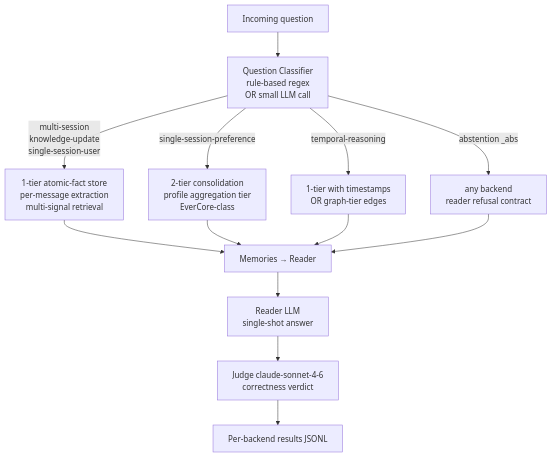
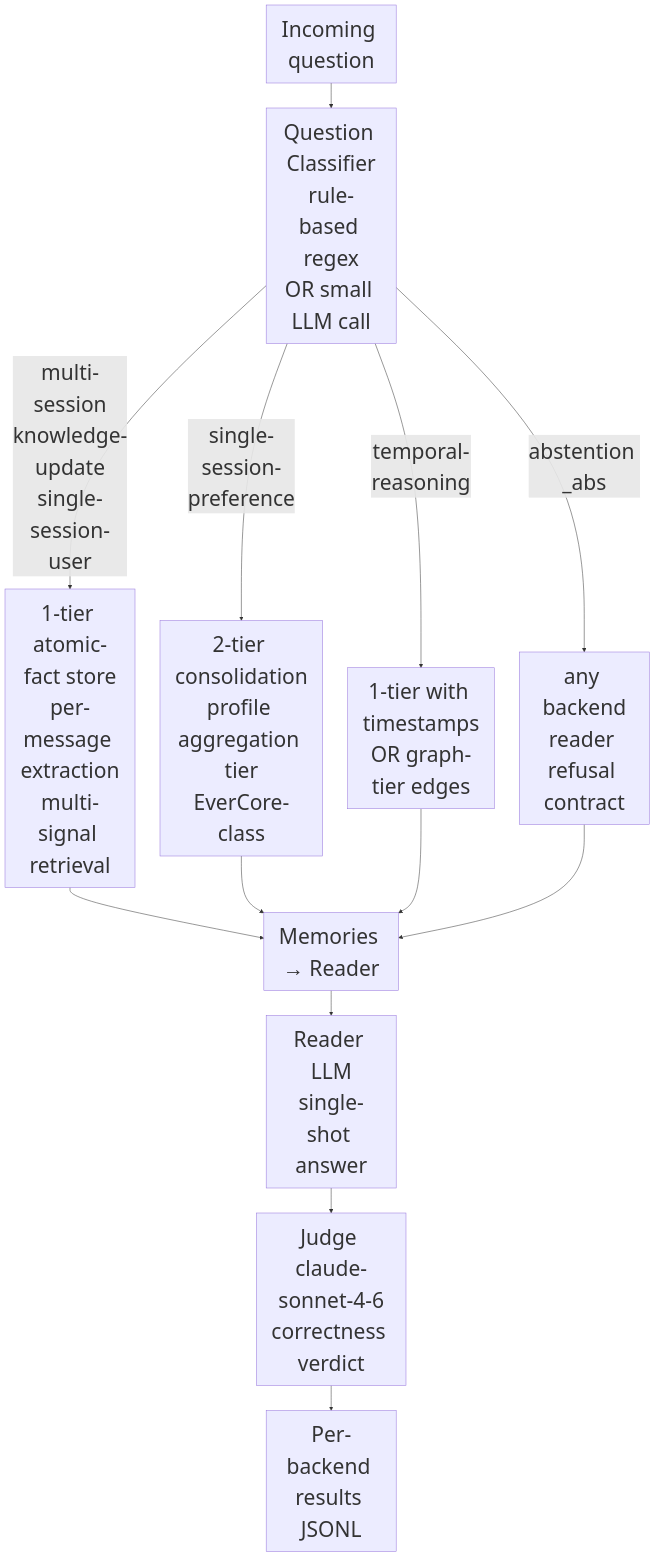
The first of 13 diagrams in Week 3.5.9 - Requirement-Driven Memory Architecture.md (shaneliuyx/agent-development-curriculum), drawn with Mermaid before and after one commit. The commit also changed other lines of this file and 2 other files, not shown here.

First line of the commit message:
docs(diagrams): mermaid LR sweep + 42px fontSize directive across W3.5.8/W3.5.9

````diff
--- a/Week 3.5.9 - Requirement-Driven Memory Architecture.md
+++ b/Week 3.5.9 - Requirement-Driven Memory Architecture.md
@@ -160,15 +160,16 @@
 ```mermaid
+%%{init: {'theme':'default', 'themeVariables': {'fontSize':'42px'}}}%%
 flowchart TD
   Q["Incoming question"] --> R["Question Classifier<br/>rule-based regex<br/>OR small LLM call"]
   R -->|multi-session<br/>knowledge-update<br/>single-session-user| A1["1-tier atomic-fact store<br/>per-message extraction<br/>multi-signal retrieval"]
   R -->|single-session-preference| A2["2-tier consolidation<br/>profile aggregation tier<br/>EverCore-class"]
   R -->|temporal-reasoning| A3["1-tier with timestamps<br/>OR graph-tier edges"]
   R -->|abstention _abs| A4["any backend<br/>reader refusal contract"]
   A1 --> M["Memories → Reader"]
   A2 --> M
   A3 --> M
   A4 --> M
   M --> J["Reader LLM<br/>single-shot answer"]
   J --> S["Judge claude-sonnet-4-6<br/>correctness verdict"]
   S --> O["Per-backend results JSONL"]
 ```
````
